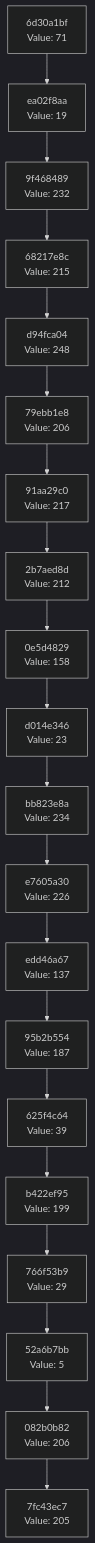
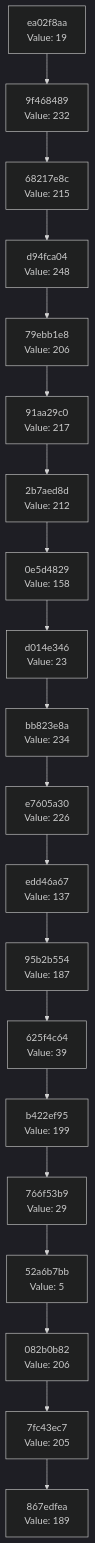
One commit to Abhisheksinha1506/hash-chain-evolver changed the diagram in docs/CHAIN_VISUALIZATION.md. Above: the diagram before and after it, drawn with Mermaid (dark theme). The commit also changed 3 other files, not shown here.

````diff
--- a/docs/CHAIN_VISUALIZATION.md
+++ b/docs/CHAIN_VISUALIZATION.md
@@ -3,42 +3,42 @@
 ```mermaid
 graph TD
-    C0["7fc43ec7<br/>Value: 205"]
-    C1["082b0b82<br/>Value: 206"]
+    C0["867edfea<br/>Value: 189"]
+    C1["7fc43ec7<br/>Value: 205"]
     C1 --> C0
-    C2["52a6b7bb<br/>Value: 5"]
+    C2["082b0b82<br/>Value: 206"]
     C2 --> C1
-    C3["766f53b9<br/>Value: 29"]
+    C3["52a6b7bb<br/>Value: 5"]
     C3 --> C2
-    C4["b422ef95<br/>Value: 199"]
+    C4["766f53b9<br/>Value: 29"]
     C4 --> C3
-    C5["625f4c64<br/>Value: 39"]
+    C5["b422ef95<br/>Value: 199"]
     C5 --> C4
-    C6["95b2b554<br/>Value: 187"]
+    C6["625f4c64<br/>Value: 39"]
     C6 --> C5
-    C7["edd46a67<br/>Value: 137"]
+    C7["95b2b554<br/>Value: 187"]
     C7 --> C6
-    C8["e7605a30<br/>Value: 226"]
+    C8["edd46a67<br/>Value: 137"]
     C8 --> C7
-    C9["bb823e8a<br/>Value: 234"]
+    C9["e7605a30<br/>Value: 226"]
     C9 --> C8
-    C10["d014e346<br/>Value: 23"]
+    C10["bb823e8a<br/>Value: 234"]
     C10 --> C9
-    C11["0e5d4829<br/>Value: 158"]
+    C11["d014e346<br/>Value: 23"]
     C11 --> C10
-    C12["2b7aed8d<br/>Value: 212"]
+    C12["0e5d4829<br/>Value: 158"]
     C12 --> C11
-    C13["91aa29c0<br/>Value: 217"]
+    C13["2b7aed8d<br/>Value: 212"]
     C13 --> C12
-    C14["79ebb1e8<br/>Value: 206"]
+    C14["91aa29c0<br/>Value: 217"]
     C14 --> C13
-    C15["d94fca04<br/>Value: 248"]
+    C15["79ebb1e8<br/>Value: 206"]
     C15 --> C14
-    C16["68217e8c<br/>Value: 215"]
+    C16["d94fca04<br/>Value: 248"]
     C16 --> C15
-    C17["9f468489<br/>Value: 232"]
+    C17["68217e8c<br/>Value: 215"]
     C17 --> C16
-    C18["ea02f8aa<br/>Value: 19"]
+    C18["9f468489<br/>Value: 232"]
     C18 --> C17
-    C19["6d30a1bf<br/>Value: 71"]
+    C19["ea02f8aa<br/>Value: 19"]
     C19 --> C18
 ```
````
